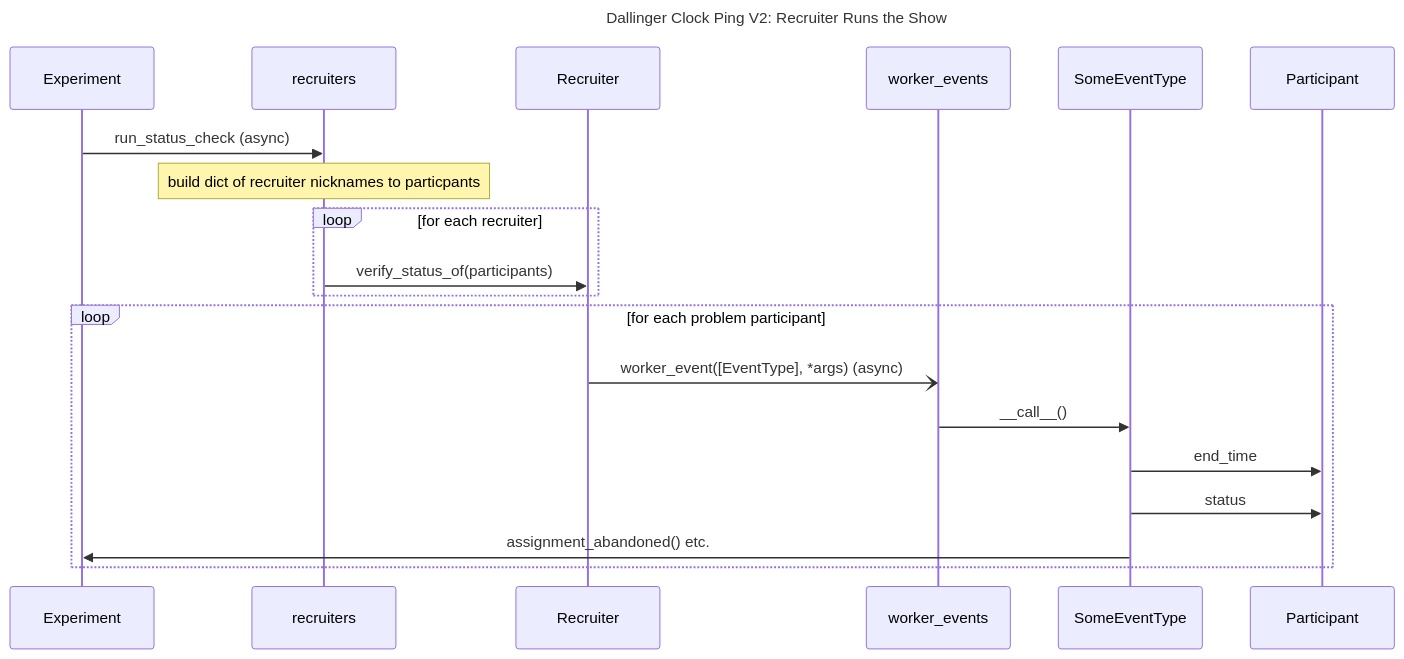
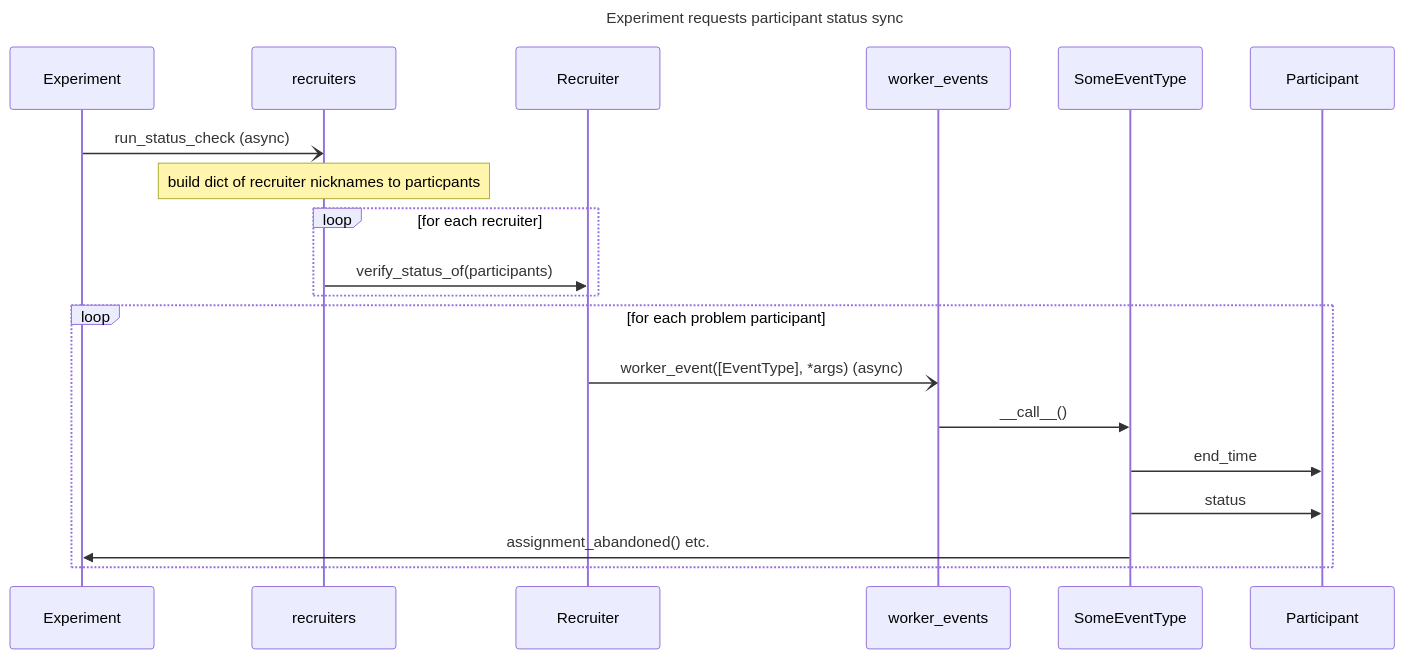
The second of 2 diagrams in docs/diagrams/participant_status_sync.md (Dallinger/Dallinger), drawn with Mermaid before and after one commit. The commit also changed other lines of this file, not shown here.

Commit message:
Update diagrams

````diff
--- a/docs/diagrams/participant_status_sync.md
+++ b/docs/diagrams/participant_status_sync.md
@@ -54,26 +54,26 @@
 ```mermaid
 sequenceDiagram
-title Dallinger Clock Ping V2: Recruiter Runs the Show
+title Experiment requests participant status sync
 
 participant ex as Experiment
 participant rec_mod as recruiters
 participant rec as Recruiter
 participant w as worker_events
 participant evt as SomeEventType
 participant part as Participant
 
-ex->>rec_mod: run_status_check (async)
+ex-)rec_mod: run_status_check (async)
 
 Note over rec_mod: build dict of recruiter nicknames to particpants
 loop for each recruiter
     rec_mod->>rec: verify_status_of(participants)
 end
 
 loop for each problem participant
     rec-)w: worker_event([EventType], *args) (async)
     w->>evt: __call__()
     evt->>part: end_time
     evt->>part: status
     evt->>ex: assignment_abandoned() etc.
 end
 ```
````
